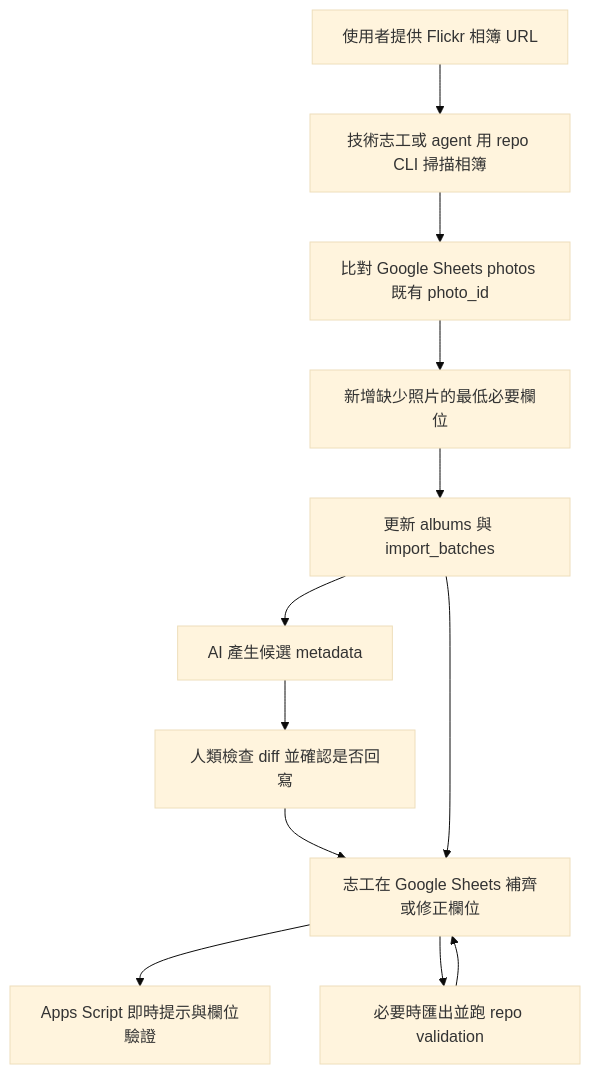
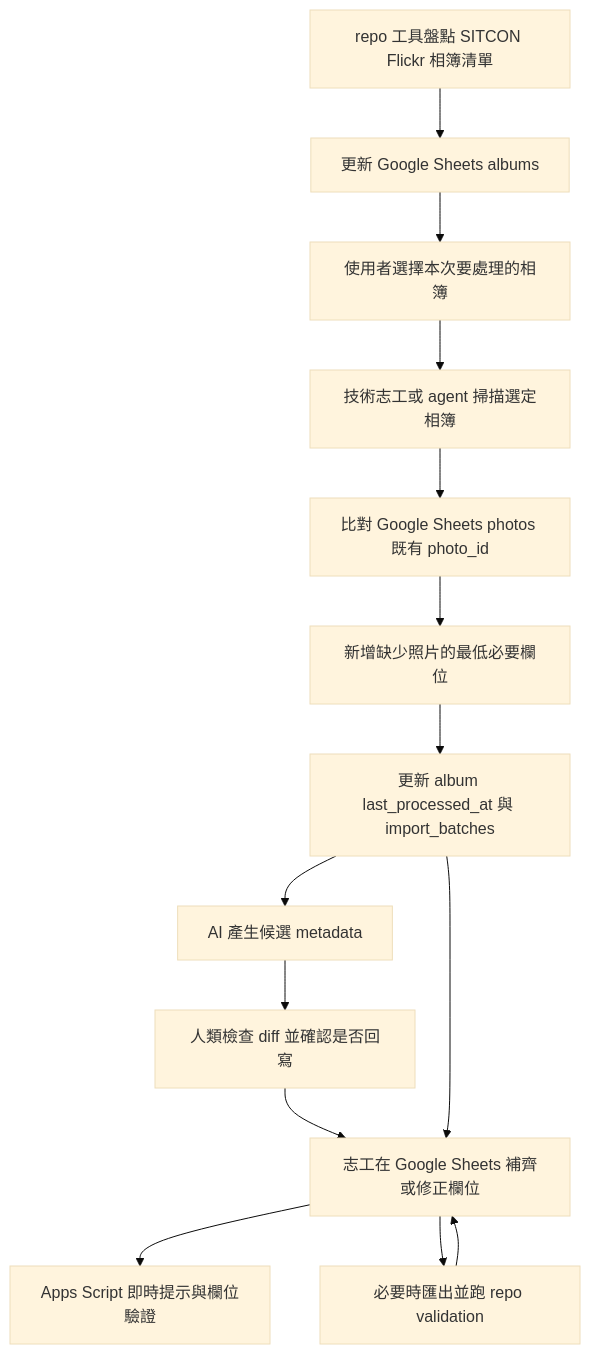
Before and after one commit to sitcon-tw/flickr-photo-finder: the second of 4 diagrams in docs/project-architecture.md, drawn with Mermaid (base theme). The commit also changed other lines of this file and 7 other files, not shown here.

````diff
--- a/docs/project-architecture.md
+++ b/docs/project-architecture.md
@@ -63,20 +63,22 @@
 ```mermaid
 flowchart TD
-  A[使用者提供 Flickr 相簿 URL]
-  B[技術志工或 agent 用 repo CLI 掃描相簿]
-  C[比對 Google Sheets photos 既有 photo_id]
-  D[新增缺少照片的最低必要欄位]
-  E[更新 albums 與 import_batches]
+  A[repo 工具盤點 SITCON Flickr 相簿清單]
+  B[更新 Google Sheets albums]
+  C[使用者選擇本次要處理的相簿]
+  D[技術志工或 agent 掃描選定相簿]
+  E[比對 Google Sheets photos 既有 photo_id]
+  K[新增缺少照片的最低必要欄位]
+  L[更新 album last_processed_at 與 import_batches]
   F[AI 產生候選 metadata]
   G[人類檢查 diff 並確認是否回寫]
   H[志工在 Google Sheets 補齊或修正欄位]
   I[Apps Script 即時提示與欄位驗證]
   J[必要時匯出並跑 repo validation]
 
-  A --> B --> C --> D --> E
-  E --> F --> G --> H
-  E --> H
+  A --> B --> C --> D --> E --> K --> L
+  L --> F --> G --> H
+  L --> H
   H --> I
   H --> J
   J --> H
 ```
````
